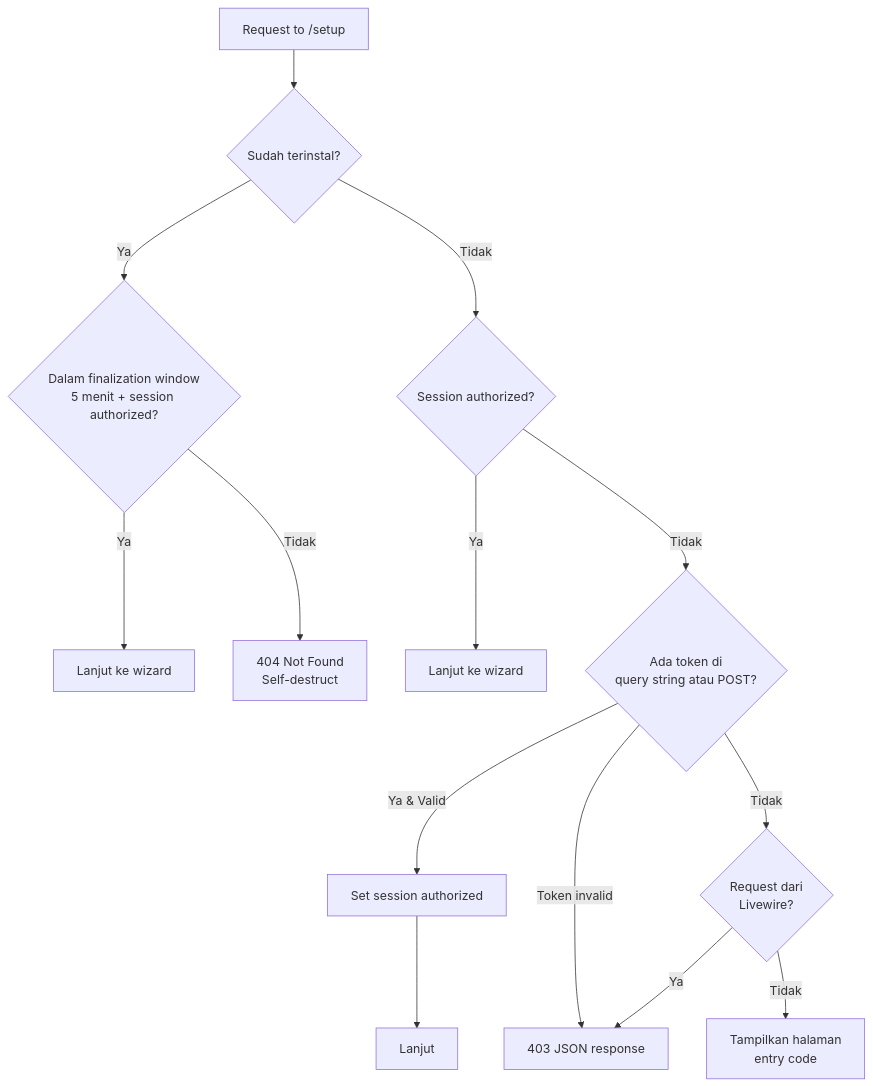
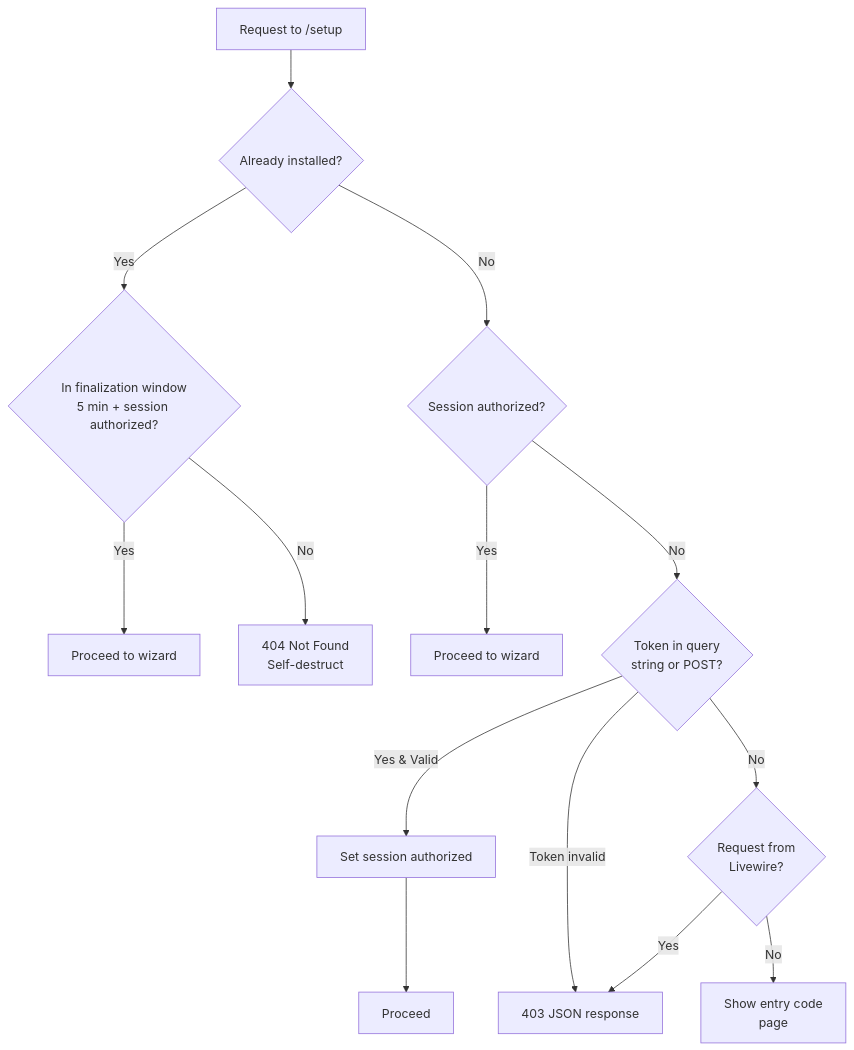
The diagram in docs/routes.md (reasvyn/internara), drawn with Mermaid before and after one commit. The commit also changed 414 other files, not shown here.

````diff
--- a/docs/routes.md
+++ b/docs/routes.md
@@ -71,16 +71,16 @@
 ```mermaid
 flowchart TD
-    A[Request to /setup] --> B{Sudah terinstal?}
-    B -->|Ya| C{Dalam finalization window\n5 menit + session authorized?}
-    C -->|Ya| D[Lanjut ke wizard]
-    C -->|Tidak| E[404 Not Found\nSelf-destruct]
-    B -->|Tidak| F{Session authorized?}
-    F -->|Ya| G[Lanjut ke wizard]
-    F -->|Tidak| H{Ada token di\nquery string atau POST?}
-    H -->|Ya & Valid| I[Set session authorized]
-    I --> J[Lanjut]
-    H -->|Tidak| K{Request dari\nLivewire?}
-    K -->|Ya| L[403 JSON response]
-    K -->|Tidak| M[Tampilkan halaman\nentry code]
+    A[Request to /setup] --> B{Already installed?}
+    B -->|Yes| C{In finalization window\n5 min + session authorized?}
+    C -->|Yes| D[Proceed to wizard]
+    C -->|No| E[404 Not Found\nSelf-destruct]
+    B -->|No| F{Session authorized?}
+    F -->|Yes| G[Proceed to wizard]
+    F -->|No| H{Token in query\nstring or POST?}
+    H -->|Yes & Valid| I[Set session authorized]
+    I --> J[Proceed]
+    H -->|No| K{Request from\nLivewire?}
+    K -->|Yes| L[403 JSON response]
+    K -->|No| M[Show entry code\npage]
     H -->|Token invalid| L
 ```
````
